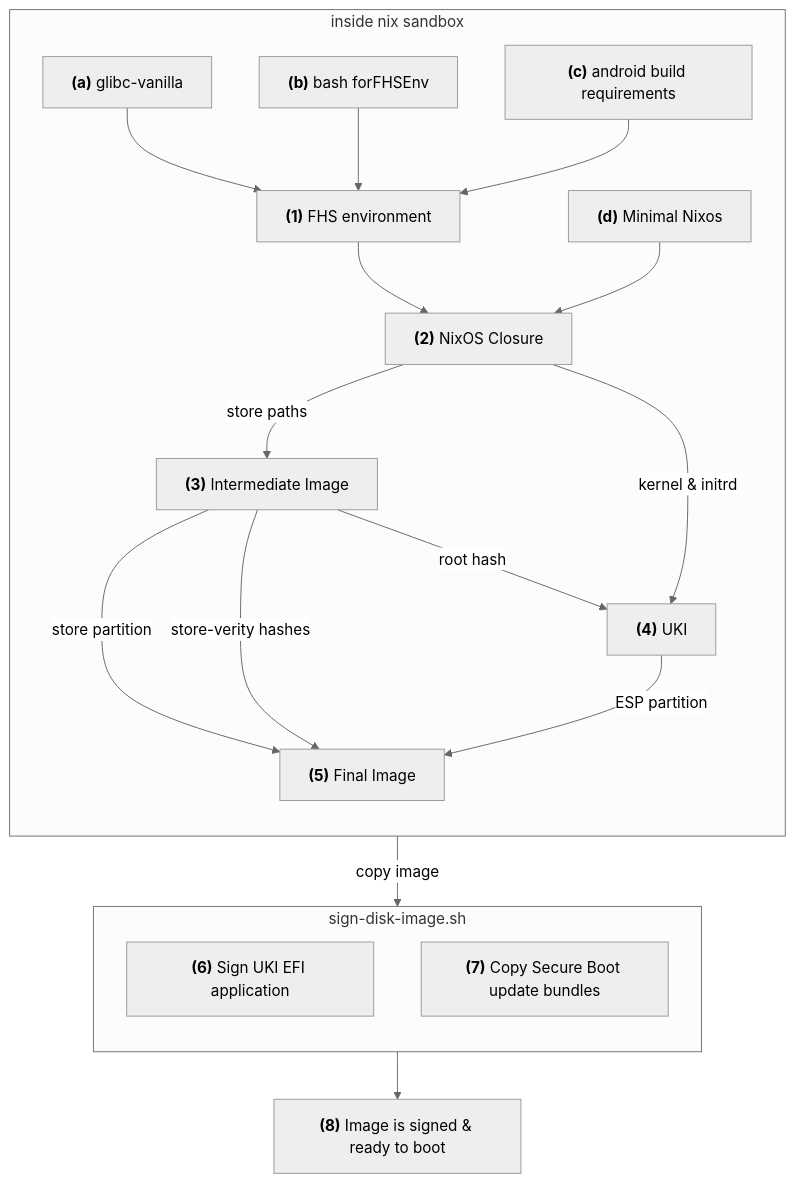
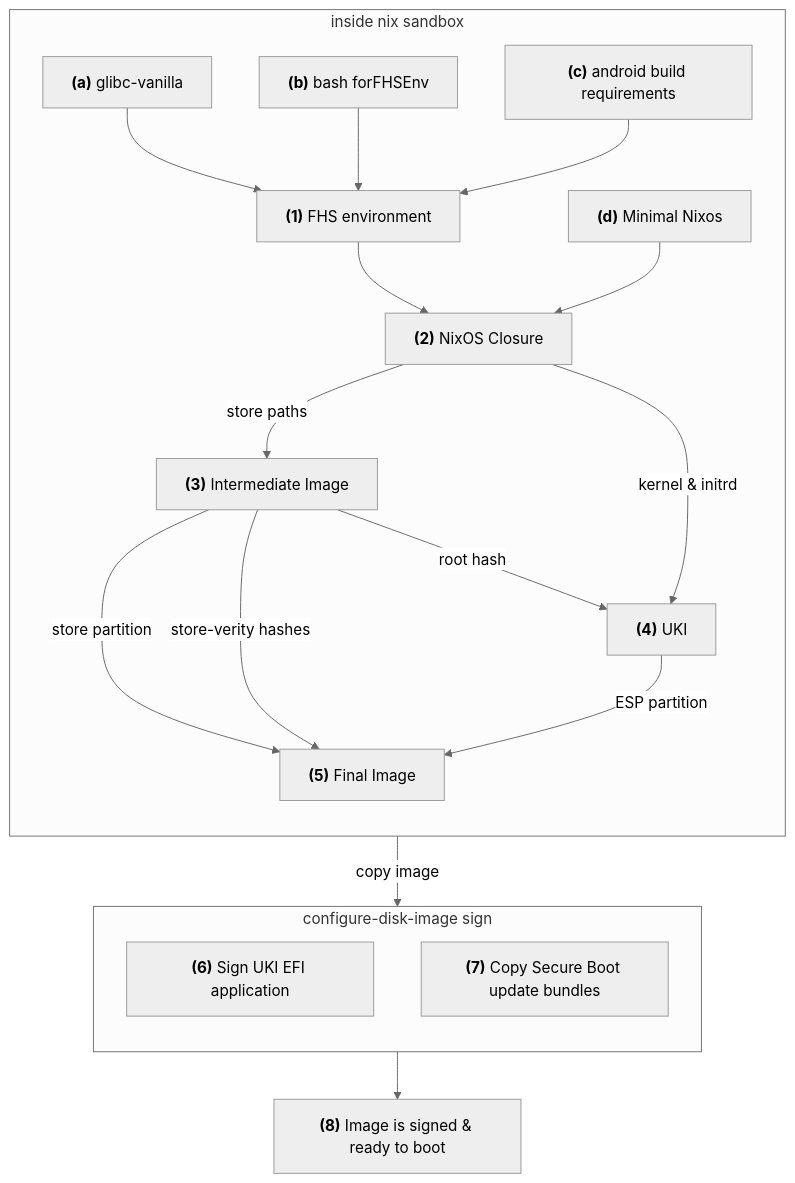
Before and after one commit to phaer/nixos-android-builder: the first of 2 diagrams in docs/docs.md, drawn with Mermaid. The commit also changed other lines of this file and 4 other files, not shown here.

```diff
--- a/docs/docs.md
+++ b/docs/docs.md
@@ -144,35 +144,35 @@
 ~~~mermaid
 ---
 config:
   theme: neutral
 ---
 flowchart TB
     subgraph nixbuild["inside nix sandbox"]
       direction TB
 
       fhsenv["<b>(1)</b> FHS environment"]
       glibc["<b>(a)</b> glibc-vanilla"] --> fhsenv 
       bash["<b>(b)</b> bash forFHSEnv"] --> fhsenv
       tools["<b>(c)</b> android build requirements"] --> fhsenv
       fhsenv --> nixos["<b>(2)</b> NixOS Closure" ]
       minimal-nixos["<b>(d)</b> Minimal Nixos"] --> nixos
       nixos -- store paths --> intermediate["<b>(3)</b> Intermediate Image" ]
       intermediate -- store partition --> final["<b>(5)</b> Final Image"]
       intermediate -- store-verity hashes --> final
       intermediate -- root hash --> uki["<b>(4)</b> UKI"]
       nixos -- kernel & initrd --> uki
       uki -- ESP partition  --> final
     end
 
     final -- copy image --> signing-script
-    subgraph signing-script["sign-disk-image.sh"]
+    subgraph signing-script["configure-disk-image sign"]
       direction TB
 
       sign-uki["<b>(6)</b> Sign UKI EFI application"]
       copy-auth["<b>(7)</b> Copy Secure Boot update bundles"]
     end
 
     signing-script --> signed
     signed["<b>(8)</b> Image is signed & ready to boot"]
 
 ~~~
```
